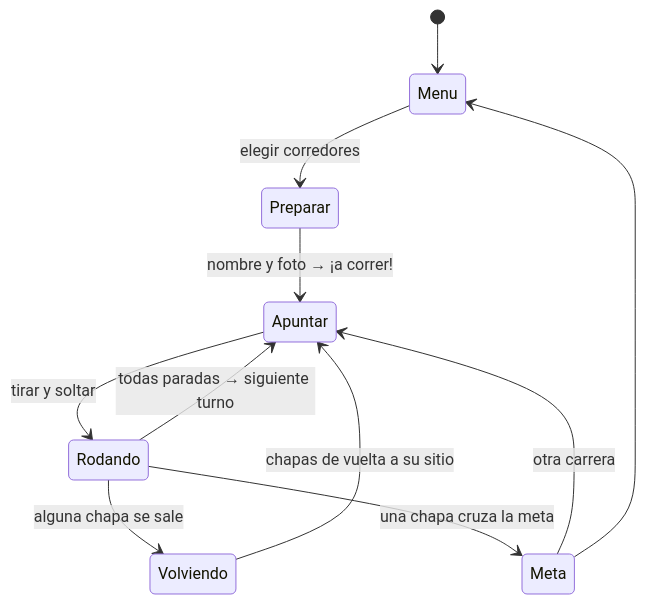
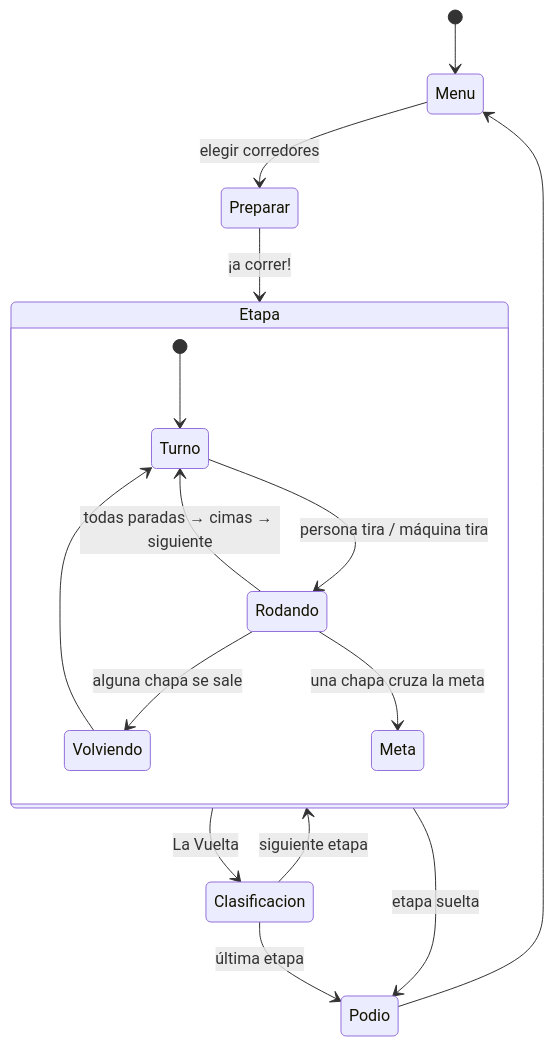
The second of 2 diagrams in README.md (serbenda/chapas), drawn with Mermaid before and after one commit. The commit also changed other lines of this file and 29 other files, not shown here.

````diff
--- a/README.md
+++ b/README.md
@@ -111,13 +178,19 @@
 ```mermaid
 stateDiagram-v2
     [*] --> Menu
     Menu --> Preparar: elegir corredores
-    Preparar --> Apuntar: nombre y foto → ¡a correr!
-    Apuntar --> Rodando: tirar y soltar
-    Rodando --> Volviendo: alguna chapa se sale
-    Rodando --> Apuntar: todas paradas → siguiente turno
-    Volviendo --> Apuntar: chapas de vuelta a su sitio
-    Rodando --> Meta: una chapa cruza la meta
-    Meta --> Apuntar: otra carrera
-    Meta --> Menu
+    Preparar --> Etapa: ¡a correr!
+    state Etapa {
+        [*] --> Turno
+        Turno --> Rodando: persona tira / máquina tira
+        Rodando --> Volviendo: alguna chapa se sale
+        Rodando --> Turno: todas paradas → cimas → siguiente
+        Volviendo --> Turno
+        Rodando --> Meta: una chapa cruza la meta
+    }
+    Etapa --> Clasificacion: La Vuelta
+    Clasificacion --> Etapa: siguiente etapa
+    Clasificacion --> Podio: última etapa
+    Etapa --> Podio: etapa suelta
+    Podio --> Menu
 ```
````
